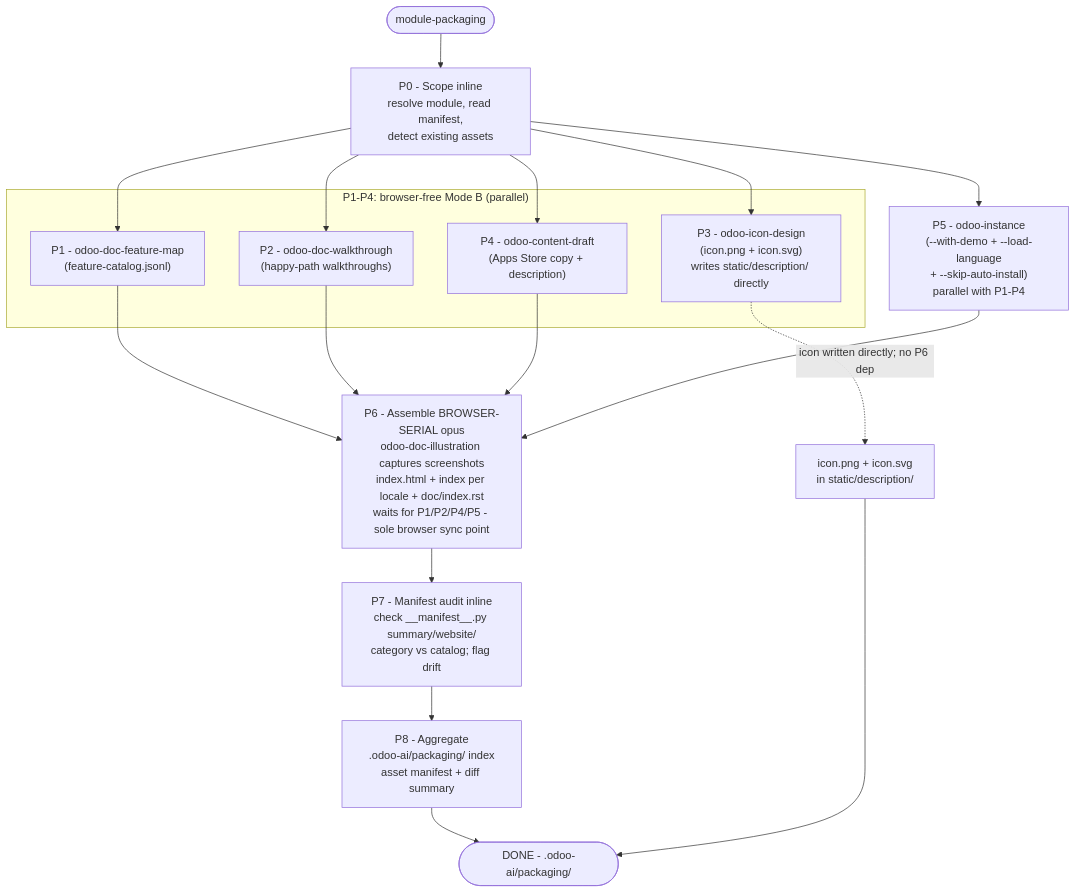
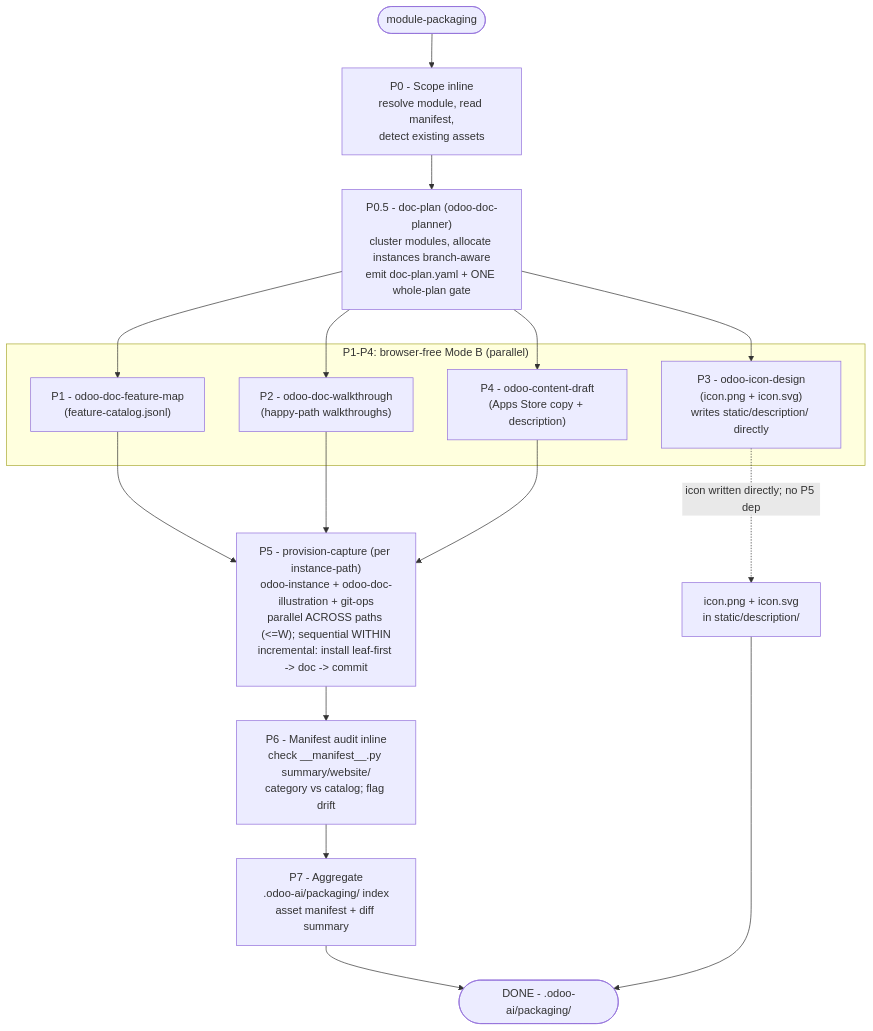
One commit to Viindoo/odoo-mcp-client changed the eighth of 8 diagrams in plugins/odoo-ai-agents/README.md. Above: the diagram before and after it, drawn with Mermaid. The commit also changed other lines of this file and 16 other files, not shown here.

Commit message:
feat(odoo-ai-agents): dependency-aware multi-module doc planning (odoo-doc-planner + full-lifecycle odoo-planning + branch-aware incremental)

````diff
--- a/plugins/odoo-ai-agents/README.md
+++ b/plugins/odoo-ai-agents/README.md
@@ -545,31 +540,31 @@
 ```mermaid
 flowchart TD
     PKG_START(["module-packaging"])
     PKG_START --> PKG_P0["P0 - Scope inline<br/>resolve module, read manifest,<br/>detect existing assets"]
+
+    PKG_P0 --> PKG_P05["P0.5 - doc-plan (odoo-doc-planner)<br/>cluster modules, allocate instances branch-aware<br/>emit doc-plan.yaml + ONE whole-plan gate"]
 
     subgraph PKG_FANOUT["P1-P4: browser-free Mode B (parallel)"]
         PKG_P1["P1 - odoo-doc-feature-map<br/>(feature-catalog.jsonl)"]
         PKG_P2["P2 - odoo-doc-walkthrough<br/>(happy-path walkthroughs)"]
         PKG_P3["P3 - odoo-icon-design<br/>(icon.png + icon.svg)<br/>writes static/description/ directly"]
         PKG_P4["P4 - odoo-content-draft<br/>(Apps Store copy + description)"]
     end
 
-    PKG_P0 --> PKG_P1
-    PKG_P0 --> PKG_P2
-    PKG_P0 --> PKG_P3
-    PKG_P0 --> PKG_P4
-    PKG_P0 --> PKG_P5["P5 - odoo-instance<br/>(--with-demo + --load-language<br/>+ --skip-auto-install)<br/>parallel with P1-P4"]
+    PKG_P05 --> PKG_P1
+    PKG_P05 --> PKG_P2
+    PKG_P05 --> PKG_P3
+    PKG_P05 --> PKG_P4
 
-    PKG_P1 --> PKG_P6["P6 - Assemble BROWSER-SERIAL opus<br/>odoo-doc-illustration captures screenshots<br/>index.html + index per locale + doc/index.rst<br/>waits for P1/P2/P4/P5 - sole browser sync point"]
-    PKG_P2 --> PKG_P6
-    PKG_P4 --> PKG_P6
-    PKG_P5 --> PKG_P6
-    PKG_P3 -. "icon written directly; no P6 dep" .-> PKG_ICON["icon.png + icon.svg<br/>in static/description/"]
+    PKG_P1 --> PKG_P5["P5 - provision-capture (per instance-path)<br/>odoo-instance + odoo-doc-illustration + git-ops<br/>parallel ACROSS paths (<=W); sequential WITHIN<br/>incremental: install leaf-first -> doc -> commit"]
+    PKG_P2 --> PKG_P5
+    PKG_P4 --> PKG_P5
+    PKG_P3 -. "icon written directly; no P5 dep" .-> PKG_ICON["icon.png + icon.svg<br/>in static/description/"]
 
-    PKG_P6 --> PKG_P7["P7 - Manifest audit inline<br/>check __manifest__.py summary/website/<br/>category vs catalog; flag drift"]
+    PKG_P5 --> PKG_P6["P6 - Manifest audit inline<br/>check __manifest__.py summary/website/<br/>category vs catalog; flag drift"]
 
-    PKG_P7 --> PKG_P8["P8 - Aggregate<br/>.odoo-ai/packaging/ index<br/>asset manifest + diff summary"]
+    PKG_P6 --> PKG_P7["P7 - Aggregate<br/>.odoo-ai/packaging/ index<br/>asset manifest + diff summary"]
 
-    PKG_P8 --> PKG_DONE(["DONE - .odoo-ai/packaging/"])
+    PKG_P7 --> PKG_DONE(["DONE - .odoo-ai/packaging/"])
     PKG_ICON --> PKG_DONE
 ```
````
